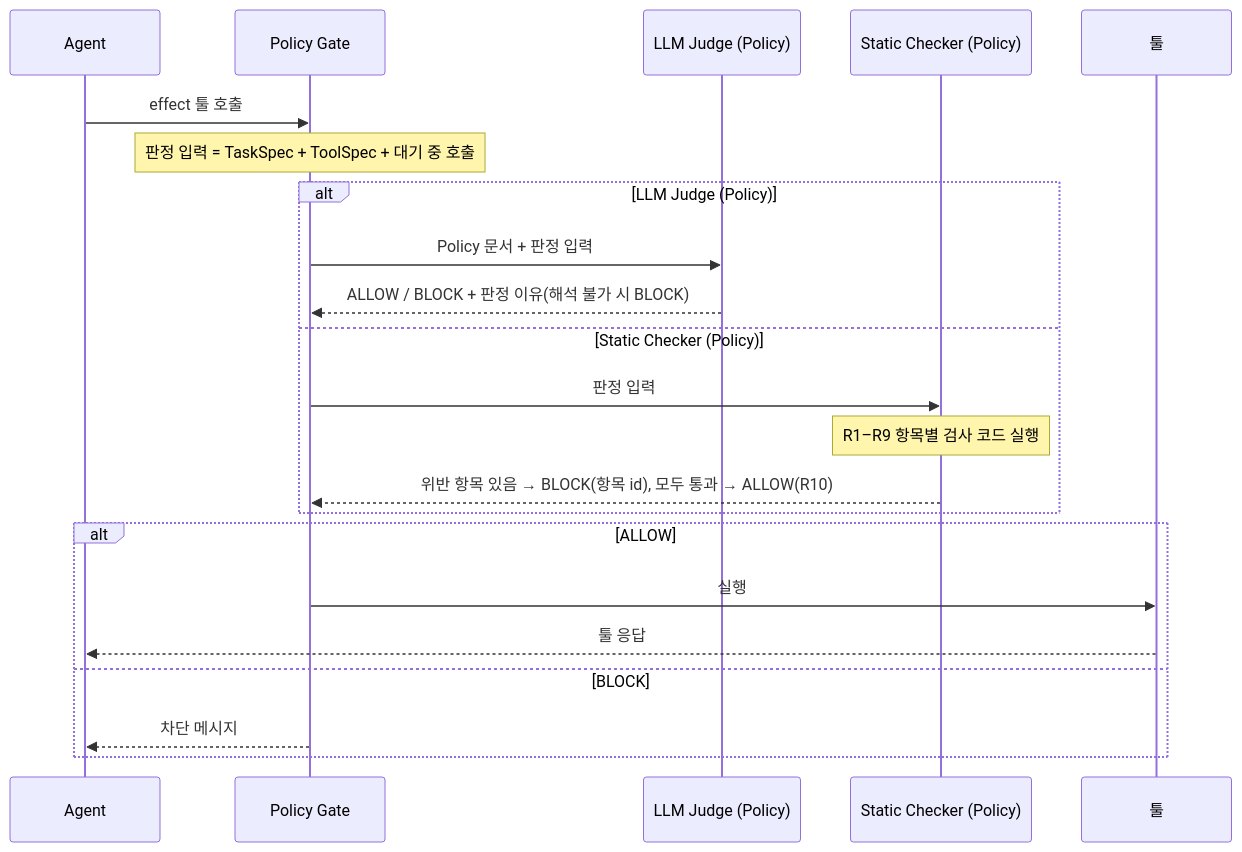
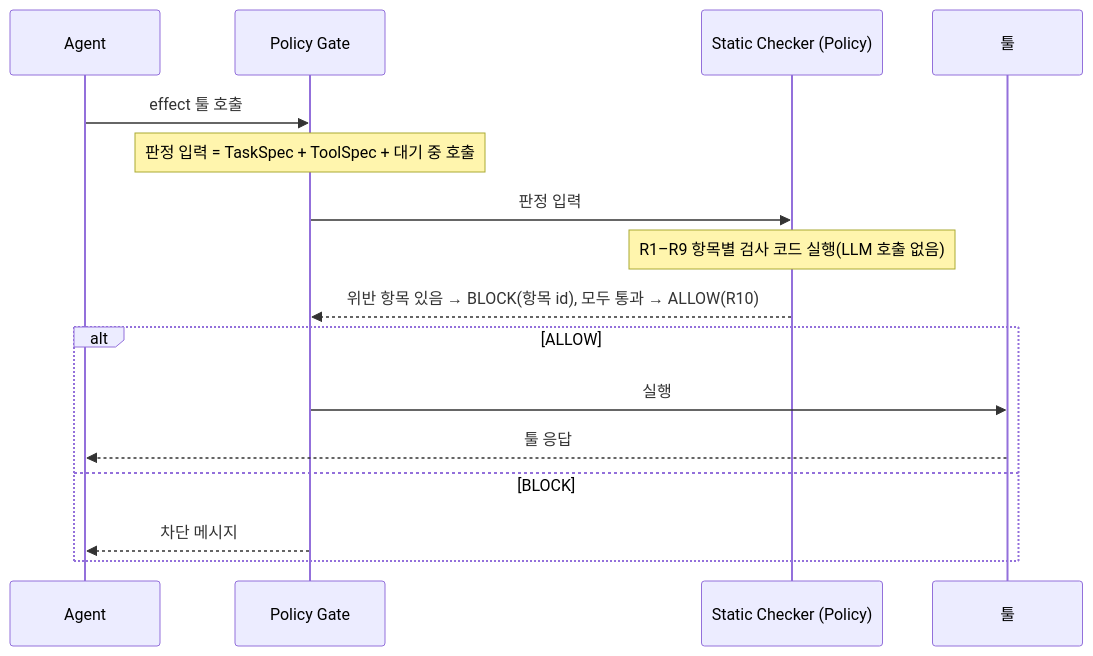
Before and after one commit to NiceGuy1313/agentgate-policy-poc: the second of 4 diagrams in results/RESULTS.md, drawn with Mermaid. The commit also changed other lines of this file and 10 other files, not shown here.

First line of the commit message:
results: 그래프 지표명을 보고서 용어로 맞추고 판정 순서 그림을 LLM Judge·Static Checker 두 개로 나누며 모델명을 뺀다

````diff
--- a/results/RESULTS.md
+++ b/results/RESULTS.md
@@ -80,24 +100,18 @@
 ```mermaid
 sequenceDiagram
   participant A as Agent
   participant G as Policy Gate
-  participant J as LLM Judge (Policy)
   participant C as Static Checker (Policy)
   participant T as 툴
   A->>G: effect 툴 호출
   Note over G: 판정 입력 = TaskSpec + ToolSpec + 대기 중 호출
-  alt LLM Judge (Policy)
-    G->>J: Policy 문서 + 판정 입력
-    J-->>G: ALLOW / BLOCK + 판정 이유(해석 불가 시 BLOCK)
-  else Static Checker (Policy)
-    G->>C: 판정 입력
-    Note over C: R1–R9 항목별 검사 코드 실행
-    C-->>G: 위반 항목 있음 → BLOCK(항목 id), 모두 통과 → ALLOW(R10)
-  end
+  G->>C: 판정 입력
+  Note over C: R1–R9 항목별 검사 코드 실행(LLM 호출 없음)
+  C-->>G: 위반 항목 있음 → BLOCK(항목 id), 모두 통과 → ALLOW(R10)
   alt ALLOW
     G->>T: 실행
     T-->>A: 툴 응답
   else BLOCK
     G-->>A: 차단 메시지
   end
 ```
````
